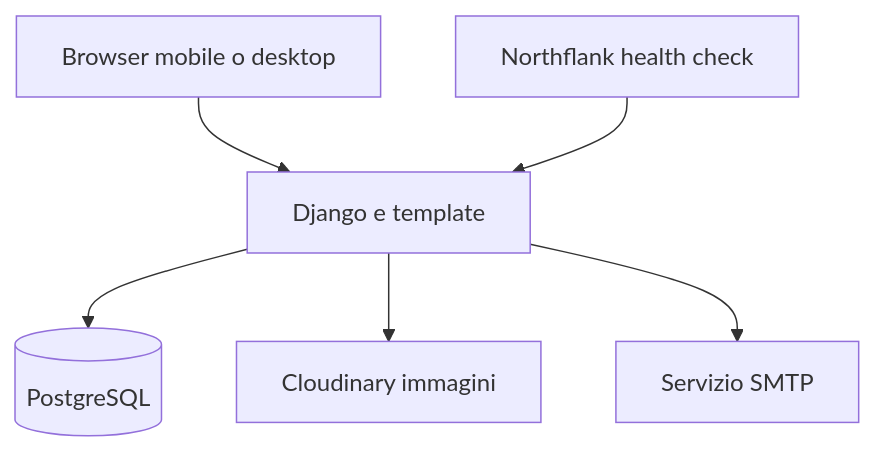
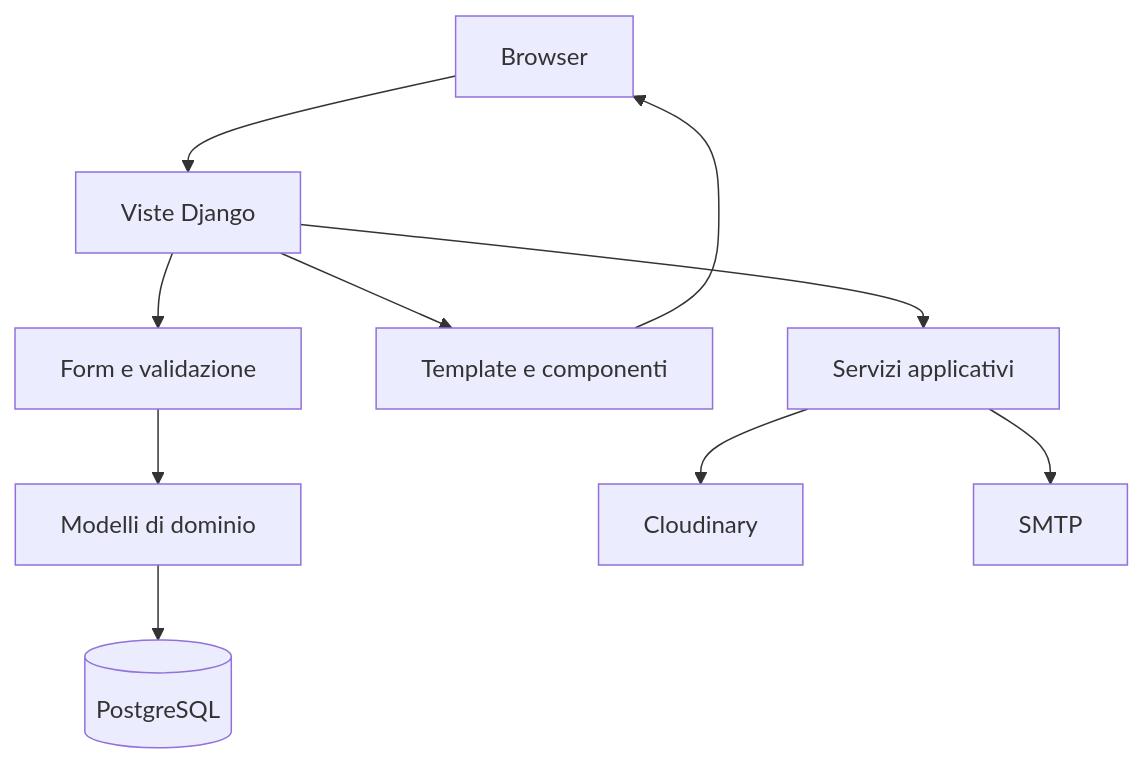
One commit to LeonardoPerin97/ClimbingSideRoma changed the first of 2 diagrams in README.md. Above: the diagram before and after it, drawn with Mermaid. The commit also changed other lines of this file and 1 other file, not shown here.

````diff
--- a/README.md
+++ b/README.md
@@ -183,8 +198,12 @@
 ```mermaid
 flowchart TD
-    Browser[Browser mobile o desktop] --> Django[Django e template]
-    Django --> PostgreSQL[(PostgreSQL)]
-    Django --> Cloudinary[Cloudinary immagini]
-    Django --> SMTP[Servizio SMTP]
-    Northflank[Northflank health check] --> Django
+    Browser[Browser] --> Views[Viste Django]
+    Views --> Forms[Form e validazione]
+    Forms --> Models[Modelli di dominio]
+    Models --> Database[(PostgreSQL)]
+    Views --> Templates[Template e componenti]
+    Templates --> Browser
+    Views --> Services[Servizi applicativi]
+    Services --> Cloudinary[Cloudinary]
+    Services --> SMTP[SMTP]
 ```
````
